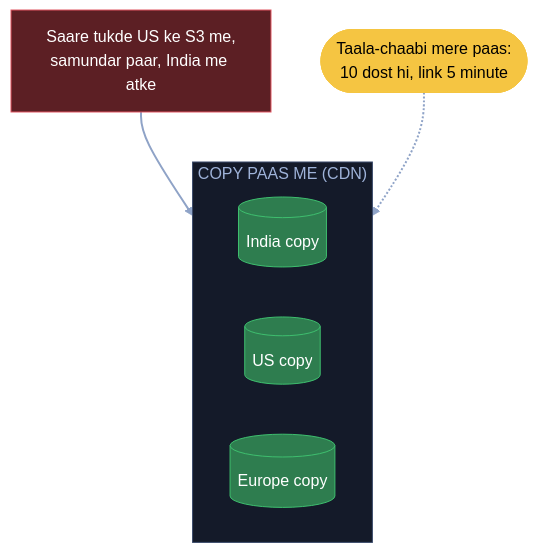
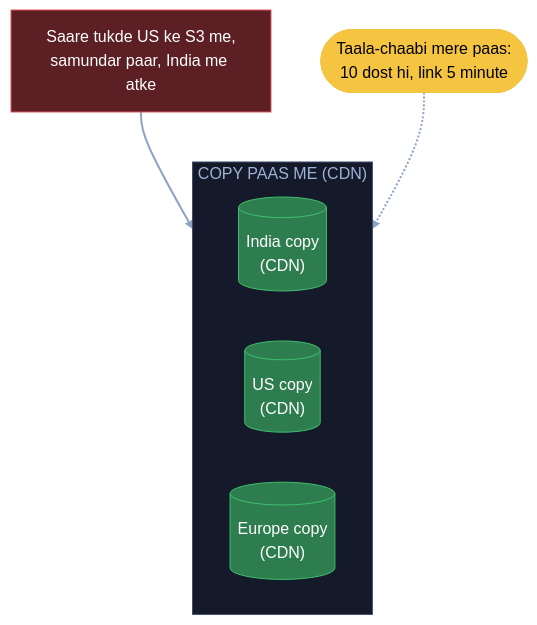
One commit to ArpanMaheshwari144/Prep changed diagram 15 of 21 in 04_HLD/SYSTEM_DESIGNS/03_twitter_feed/03_twitter_feed.md. Above: the diagram before and after it, drawn with Mermaid. The commit also changed other lines of this file and 22 other files, not shown here.

Commit message:
Diagram: sirf kahani ke dohraaye shabd pe bracket, us jagah notes wala matlab (207 label)

````diff
--- a/04_HLD/SYSTEM_DESIGNS/03_twitter_feed/03_twitter_feed.md
+++ b/04_HLD/SYSTEM_DESIGNS/03_twitter_feed/03_twitter_feed.md
@@ -562,18 +562,18 @@
 ```mermaid
 flowchart TB
     X["Saare tukde US ke S3 me,<br/>samundar paar, India me atke"]:::bad
     subgraph CP["COPY PAAS ME (CDN)"]
-        I[("India copy")]:::good
-        U[("US copy")]:::good
-        E[("Europe copy")]:::good
+        I[("India copy<br/>(CDN)")]:::good
+        U[("US copy<br/>(CDN)")]:::good
+        E[("Europe copy<br/>(CDN)")]:::good
     end
     T(["Taala-chaabi mere paas:<br/>10 dost hi, link 5 minute"]):::pill
     X --> CP
     T -.-> CP
     linkStyle default stroke:#8fa3c7,stroke-width:2px
     classDef card fill:#1e2638,stroke:#3a4a6b,color:#e8ecf5
     classDef pill fill:#f5c542,stroke:#f5c542,color:#000
     classDef good fill:#2e7d4f,stroke:#3fbf6f,color:#fff
     classDef bad fill:#5c1f24,stroke:#e05561,color:#fff
     style CP fill:#141a29,stroke:#3a4a6b,color:#9fb3d9
 ```
````
